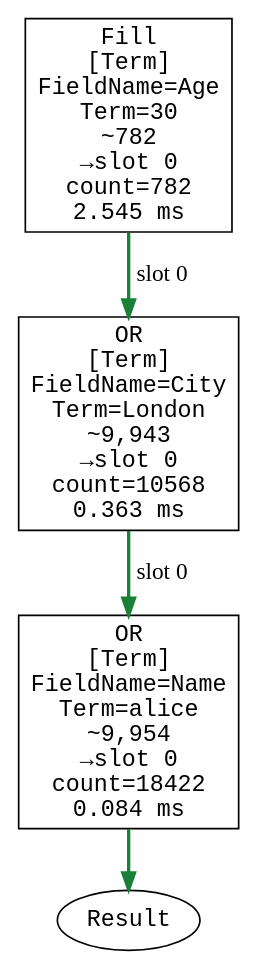
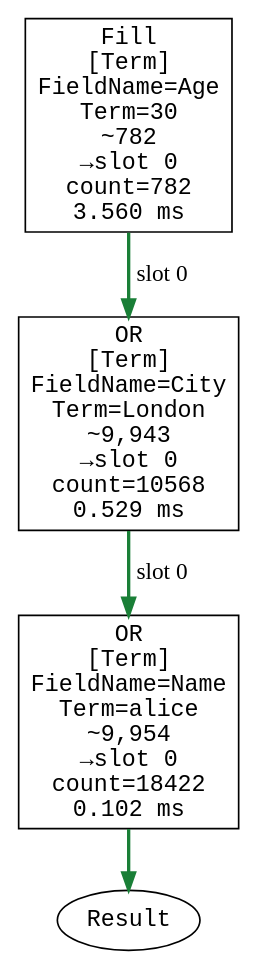
The third of 44 diagrams in corax-query-catalog.md (ayende/ravendb), drawn with Graphviz before and after one commit. The commit also changed other lines of this file and 1 other file, not shown here.

First line of the commit message:
RavenDB-25281 Regenerate query catalog for producer-node rendering

````diff
--- a/corax-query-catalog.md
+++ b/corax-query-catalog.md
@@ -178,13 +178,13 @@
 ```dot
 digraph QueryPlan {
   rankdir=TB;
-  node [shape=box, fontname="monospace"];
-  op0 [label="Fill\n[Term]\nFieldName=Age\nTerm=30\n~782\n→slot 0\ncount=782\n2.545 ms", data_destslot="0", data_dispatch="Term", data_fieldname="Age", data_term="30", data_estimatedrows="782", data_count="782", data_ms="2.545"];
-  op1 [label="OR\n[Term]\nFieldName=City\nTerm=London\n~9,943\n→slot 0\ncount=10568\n0.363 ms", data_destslot="0", data_dispatch="Term", data_fieldname="City", data_term="London", data_estimatedrows="9,943", data_count="10568", data_ms="0.363"];
-  op2 [label="OR\n[Term]\nFieldName=Name\nTerm=alice\n~9,954\n→slot 0\ncount=18422\n0.084 ms", data_destslot="0", data_dispatch="Term", data_fieldname="Name", data_term="alice", data_estimatedrows="9,954", data_count="18422", data_ms="0.084"];
-  result [shape=ellipse, label="Result"];
-  op0 -> op1 [style=bold, color="#1a7f37", label="slot 0"];
-  op1 -> op2 [style=bold, color="#1a7f37", label="slot 0"];
-  op2 -> result [style=bold, color="#1a7f37"];
+  node [shape="box", fontname="monospace"];
+  op0 [label="Fill\n[Term]\nFieldName=Age\nTerm=30\n~782\n→slot 0\ncount=782\n3.560 ms", data_operation="Fill", data_destslot="0", data_dispatch="Term", data_fieldname="Age", data_term="30", data_estimatedrows="782", data_count="782", data_ms="3.560", data_taken="True"];
+  op1 [label="OR\n[Term]\nFieldName=City\nTerm=London\n~9,943\n→slot 0\ncount=10568\n0.529 ms", data_operation="OR", data_destslot="0", data_dispatch="Term", data_fieldname="City", data_term="London", data_estimatedrows="9,943", data_count="10568", data_ms="0.529", data_taken="True"];
+  op2 [label="OR\n[Term]\nFieldName=Name\nTerm=alice\n~9,954\n→slot 0\ncount=18422\n0.102 ms", data_operation="OR", data_destslot="0", data_dispatch="Term", data_fieldname="Name", data_term="alice", data_estimatedrows="9,954", data_count="18422", data_ms="0.102", data_taken="True"];
+  result [shape="ellipse", label="Result", data_operation="Result"];
+  op0 -> op1 [style="bold", color="#1a7f37", label="slot 0", data_kind="dataflow", data_slot="0", data_flow="on"];
+  op1 -> op2 [style="bold", color="#1a7f37", label="slot 0", data_kind="dataflow", data_slot="0", data_flow="on"];
+  op2 -> result [style="bold", color="#1a7f37", data_kind="result", data_variant="bitmap-final", data_flow="on"];
 }
 ```
````
